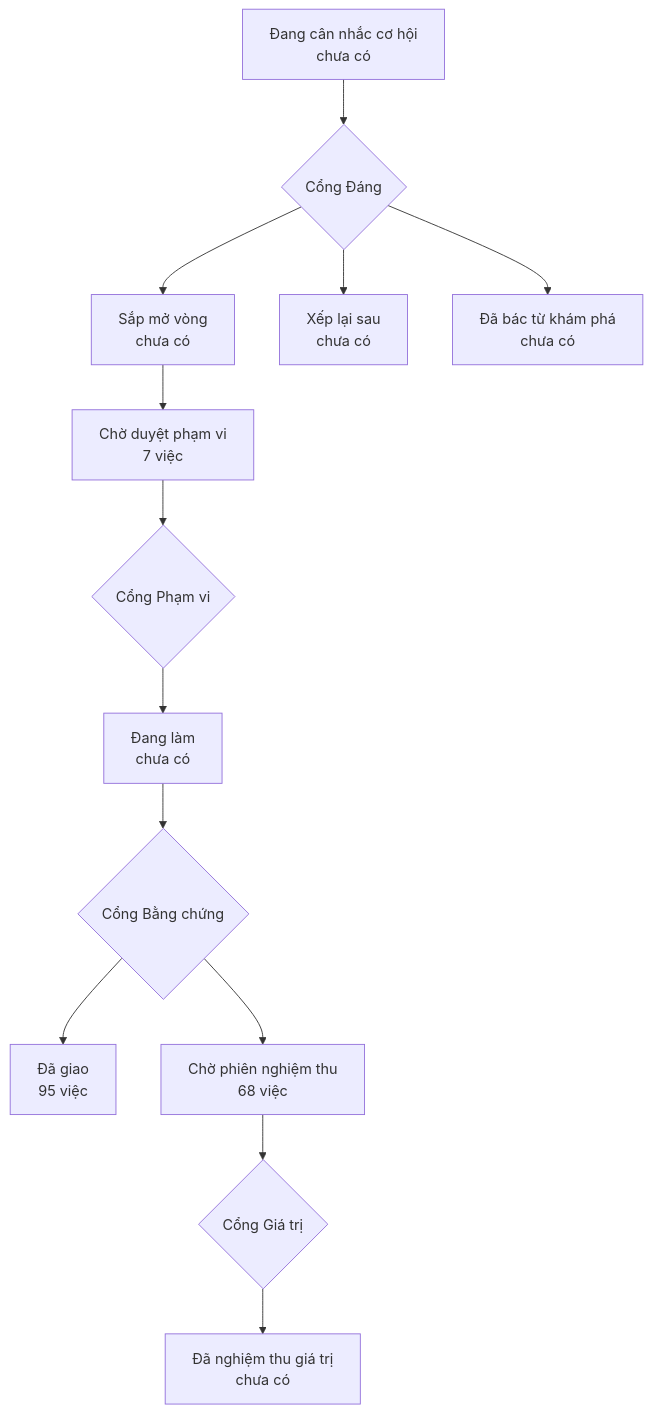
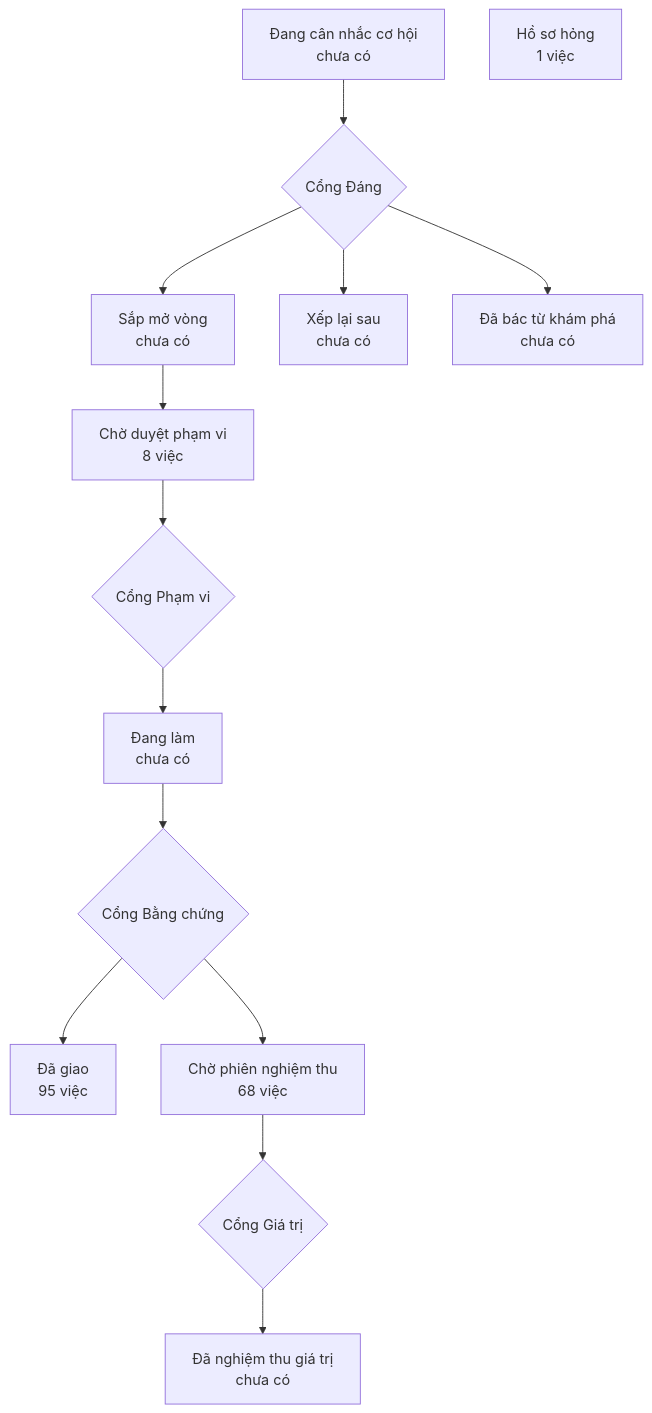
Before and after one commit to phanlemanh/onehub-invest: the diagram in PRODUCT-MAP.md, drawn with Mermaid. The commit also changed other lines of this file and 13 other files, not shown here.

Commit message:
acceptance(do-danh-ba-sdt): S1 — thiết kế, hợp đồng, evals, phản biện, thẻ Cổng Phạm vi

````diff
--- a/PRODUCT-MAP.md
+++ b/PRODUCT-MAP.md
@@ -7,12 +7,13 @@
 ```mermaid
 flowchart TD
   A["Đang cân nhắc cơ hội<br/>chưa có"] --> GD{"Cổng Đáng"}
   GD --> B["Sắp mở vòng<br/>chưa có"]
   GD --> XL["Xếp lại sau<br/>chưa có"]
   GD --> DB["Đã bác từ khám phá<br/>chưa có"]
-  B --> CD["Chờ duyệt phạm vi<br/>7 việc"] --> GP{"Cổng Phạm vi"}
+  B --> CD["Chờ duyệt phạm vi<br/>8 việc"] --> GP{"Cổng Phạm vi"}
   GP --> DL["Đang làm<br/>chưa có"] --> GB{"Cổng Bằng chứng"}
   GB --> DG["Đã giao<br/>95 việc"]
   GB --> CN["Chờ phiên nghiệm thu<br/>68 việc"] --> GG{"Cổng Giá trị"}
   GG --> NT["Đã nghiệm thu giá trị<br/>chưa có"]
+  HS["Hồ sơ hỏng<br/>1 việc"]
 ```
````
